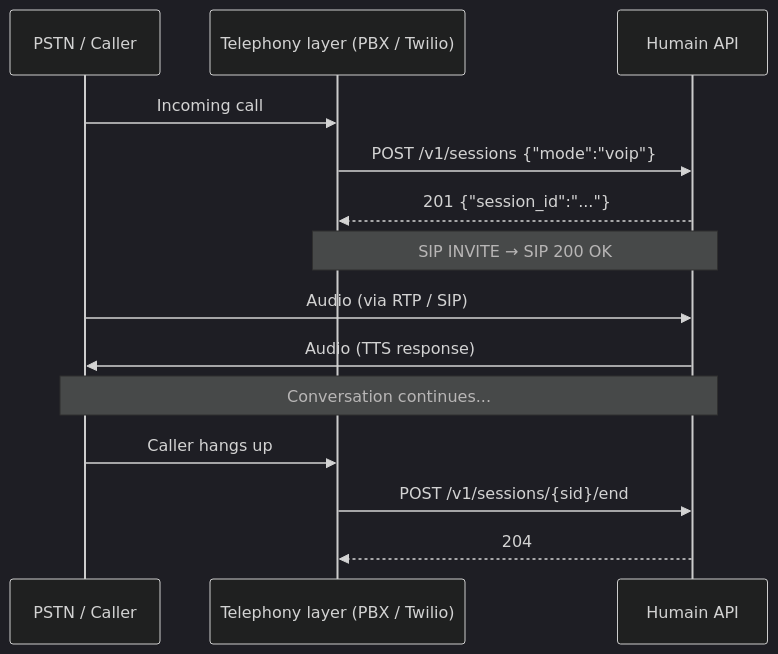
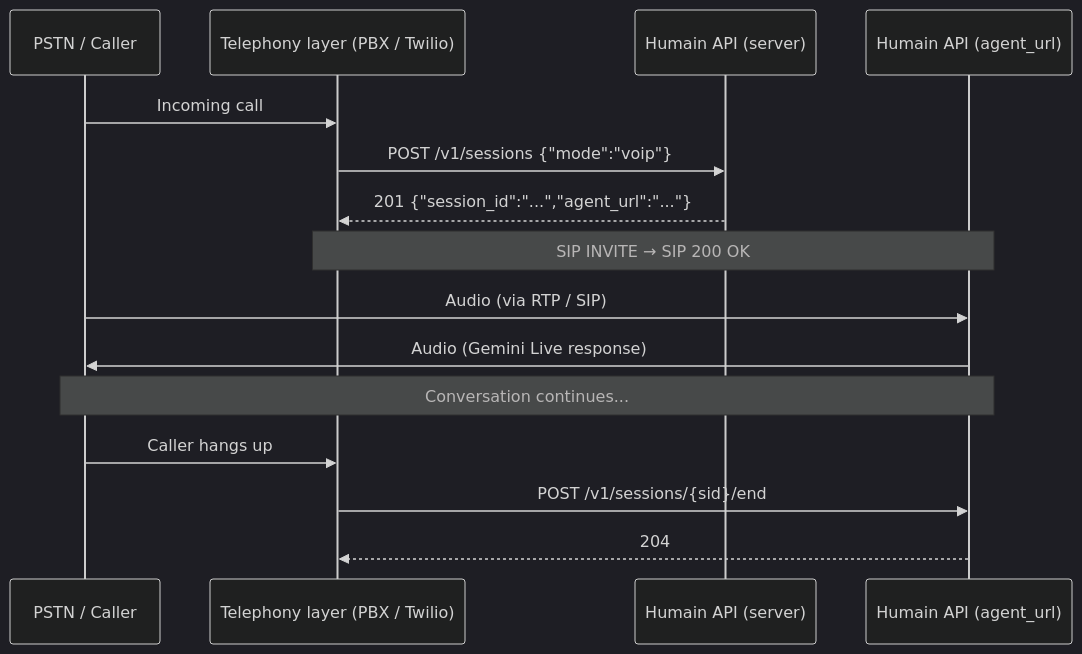
One commit to humain-ai/kiosk-docs changed the diagram in connections/voip-sip.mdx. Above: the diagram before and after it, drawn with Mermaid (dark theme). The commit also changed other lines of this file and 42 other files, not shown here.

````diff
--- a/connections/voip-sip.mdx
+++ b/connections/voip-sip.mdx
@@ -45,17 +45,18 @@
 ```mermaid
 sequenceDiagram
   participant P as PSTN / Caller
   participant T as Telephony layer (PBX / Twilio)
-  participant A as Humain API
+  participant S as Humain API (server)
+  participant AG as Humain API (agent_url)
 
   P->>T: Incoming call
-  T->>A: POST /v1/sessions {"mode":"voip"}
-  A-->>T: 201 {"session_id":"..."}
-  Note over T,A: SIP INVITE → SIP 200 OK
-  P->>A: Audio (via RTP / SIP)
-  A->>P: Audio (TTS response)
-  Note over P,A: Conversation continues...
+  T->>S: POST /v1/sessions {"mode":"voip"}
+  S-->>T: 201 {"session_id":"...","agent_url":"..."}
+  Note over T,AG: SIP INVITE → SIP 200 OK
+  P->>AG: Audio (via RTP / SIP)
+  AG->>P: Audio (Gemini Live response)
+  Note over P,AG: Conversation continues...
   P->>T: Caller hangs up
-  T->>A: POST /v1/sessions/{sid}/end
-  A-->>T: 204
+  T->>AG: POST /v1/sessions/{sid}/end
+  AG-->>T: 204
 ```
````
